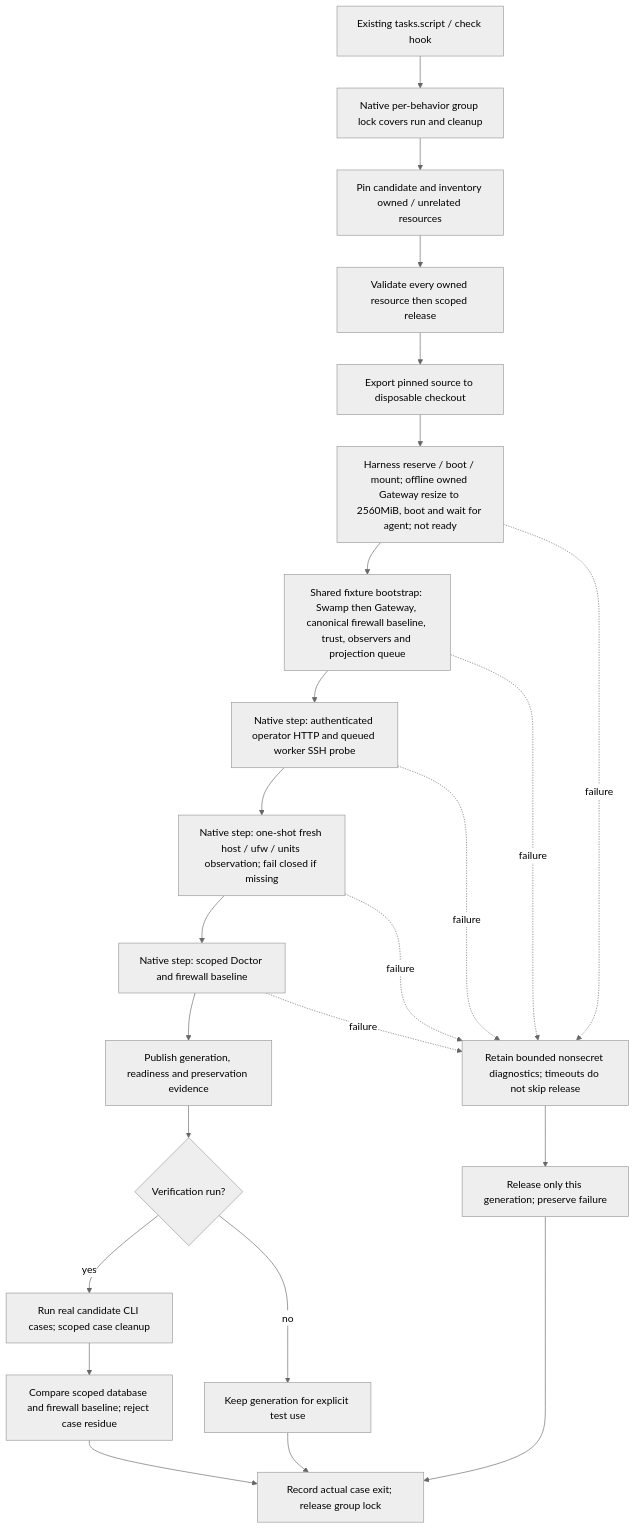
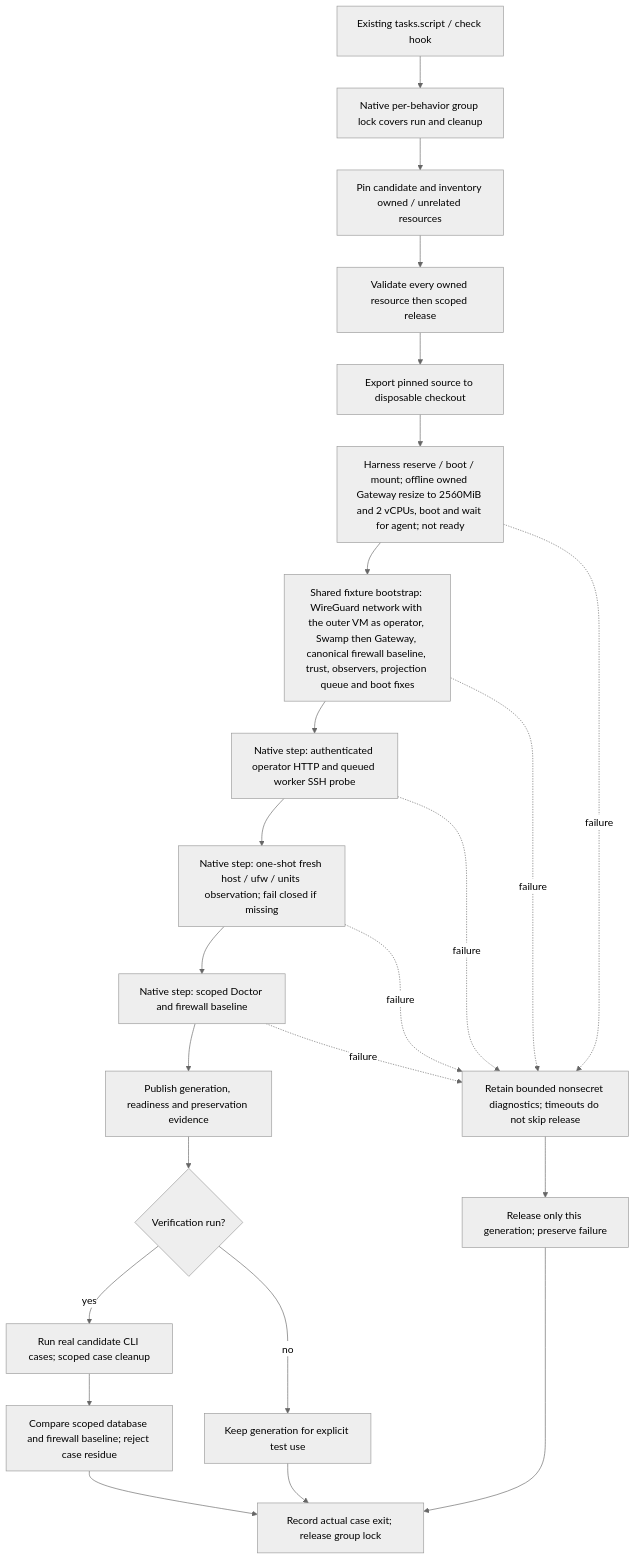
Before and after one commit to hardimpactdev/orbit: the diagram in swamp/proof/reset/reset.mmd, drawn with Mermaid (neutral theme). The commit also changed 2 other files, not shown here.

```diff
--- a/swamp/proof/reset/reset.mmd
+++ b/swamp/proof/reset/reset.mmd
@@ -1,24 +1,24 @@
 flowchart TD
   hook[Existing tasks.script / check hook] --> lock[Native per-behavior group lock covers run and cleanup]
   lock --> inventory[Pin candidate and inventory owned / unrelated resources]
   inventory --> release[Validate every owned resource then scoped release]
   release --> snapshot[Export pinned source to disposable checkout]
-  snapshot --> prepare[Harness reserve / boot / mount; offline owned Gateway resize to 2560MiB, boot and wait for agent; not ready]
-  prepare --> fixture[Shared fixture bootstrap: Swamp then Gateway, canonical firewall baseline, trust, observers and projection queue]
+  snapshot --> prepare[Harness reserve / boot / mount; offline owned Gateway resize to 2560MiB and 2 vCPUs, boot and wait for agent; not ready]
+  prepare --> fixture[Shared fixture bootstrap: WireGuard network with the outer VM as operator, Swamp then Gateway, canonical firewall baseline, trust, observers, projection queue and boot fixes]
   fixture --> transport[Native step: authenticated operator HTTP and queued worker SSH probe]
   transport --> facts[Native step: one-shot fresh host / ufw / units observation; fail closed if missing]
   facts --> readiness[Native step: scoped Doctor and firewall baseline]
   readiness --> result[Publish generation, readiness and preservation evidence]
   result --> cases{Verification run?}
   cases -->|yes| commands[Run real candidate CLI cases; scoped case cleanup]
   cases -->|no| held[Keep generation for explicit test use]
   commands --> baseline[Compare scoped database and firewall baseline; reject case residue]
   baseline --> receipt[Record actual case exit; release group lock]
   held --> receipt
   prepare -. failure .-> diagnose[Retain bounded nonsecret diagnostics; timeouts do not skip release]
   fixture -. failure .-> diagnose
   transport -. failure .-> diagnose
   facts -. failure .-> diagnose
   readiness -. failure .-> diagnose
   diagnose --> ownedCleanup[Release only this generation; preserve failure]
   ownedCleanup --> receipt
```
